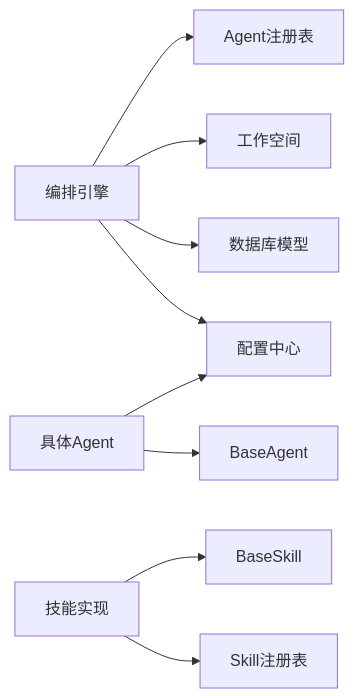
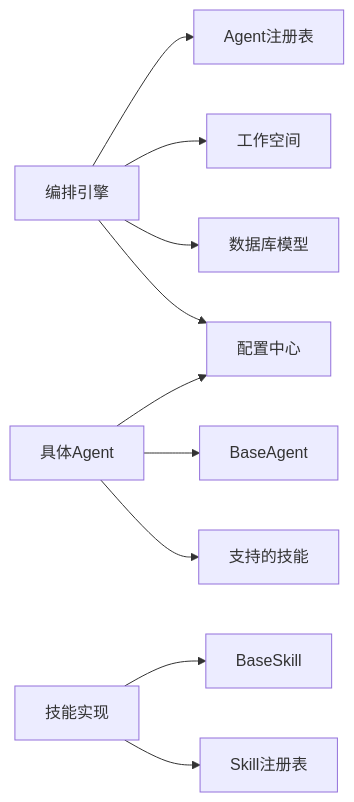
The ninth of 9 diagrams in .qoder/repowiki/zh/content/后端开发/Agent智能体系统/Agent智能体系统.md (sansansansansan2022-web/hotclaw), drawn with Mermaid before and after one commit. The commit also changed other lines of this file and 44 other files, not shown here.

````diff
--- a/.qoder/repowiki/zh/content/后端开发/Agent智能体系统/Agent智能体系统.md
+++ b/.qoder/repowiki/zh/content/后端开发/Agent智能体系统/Agent智能体系统.md
@@ -435,11 +554,12 @@
 ```mermaid
 graph LR
 Engine["编排引擎"] --> Reg["Agent注册表"]
 Engine --> WS["工作空间"]
 Engine --> DB["数据库模型"]
 Engine --> Cfg["配置中心"]
 Agent["具体Agent"] --> Base["BaseAgent"]
 Agent --> Cfg
+Agent --> Skills["支持的技能"]
 Skill["技能实现"] --> SBase["BaseSkill"]
 Skill --> SReg["Skill注册表"]
 ```
````
